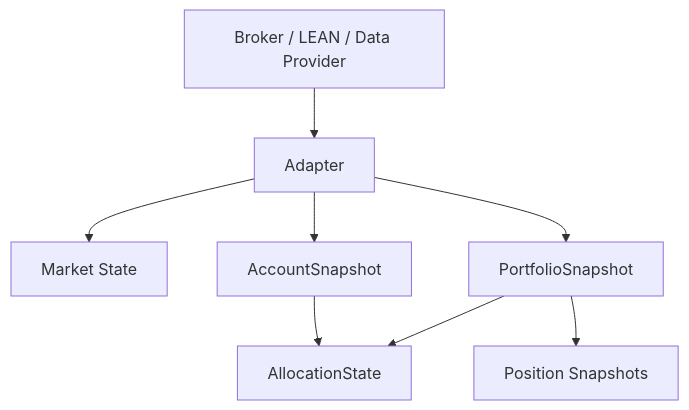
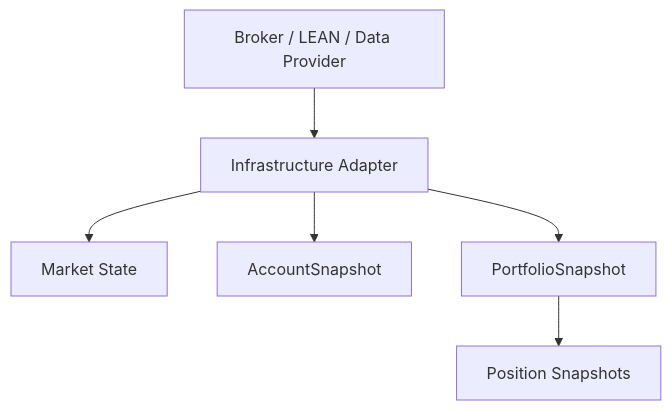
One commit to Daxoniel/DX27-Trading-Engine changed the sixth of 12 diagrams in docs/architecture/system-overview.md. Above: the diagram before and after it, drawn with Mermaid. The commit also changed other lines of this file and 7 other files, not shown here.

````diff
--- a/docs/architecture/system-overview.md
+++ b/docs/architecture/system-overview.md
@@ -339,28 +365,23 @@
 ```mermaid
 flowchart TB
 
     External["Broker / LEAN / Data Provider"]
 
-    Adapter["Adapter"]
+    Adapter["Infrastructure Adapter"]
 
     Market["Market State"]
 
     Account["AccountSnapshot"]
 
     Portfolio["PortfolioSnapshot"]
 
     Positions["Position Snapshots"]
 
-    Allocation["AllocationState"]
-
     External --> Adapter
 
     Adapter --> Market
     Adapter --> Account
     Adapter --> Portfolio
 
     Portfolio --> Positions
-
-    Account --> Allocation
-    Portfolio --> Allocation
 ```
````
